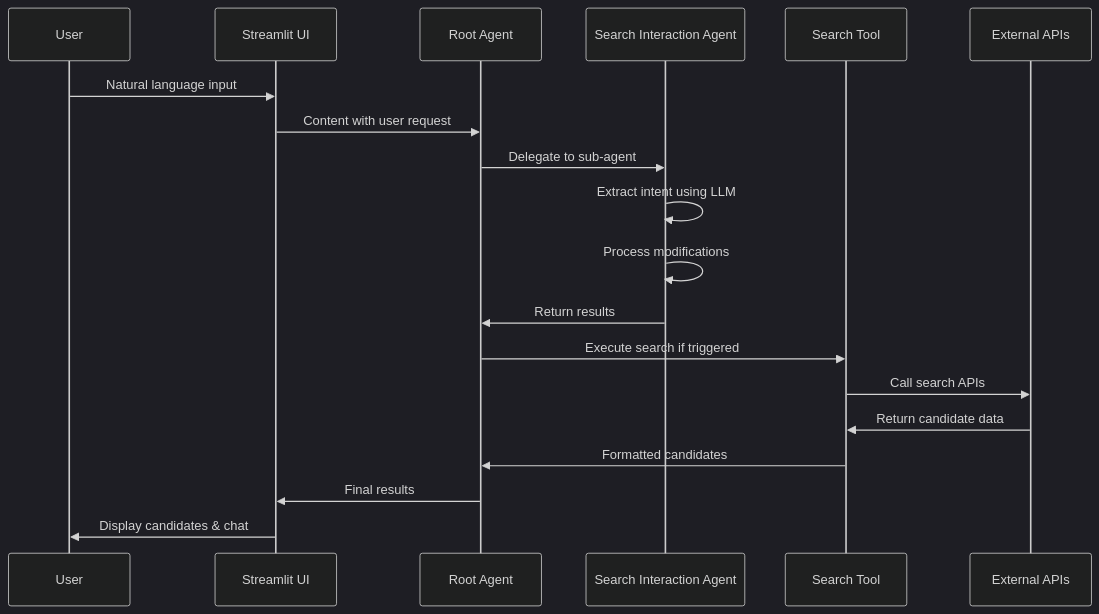
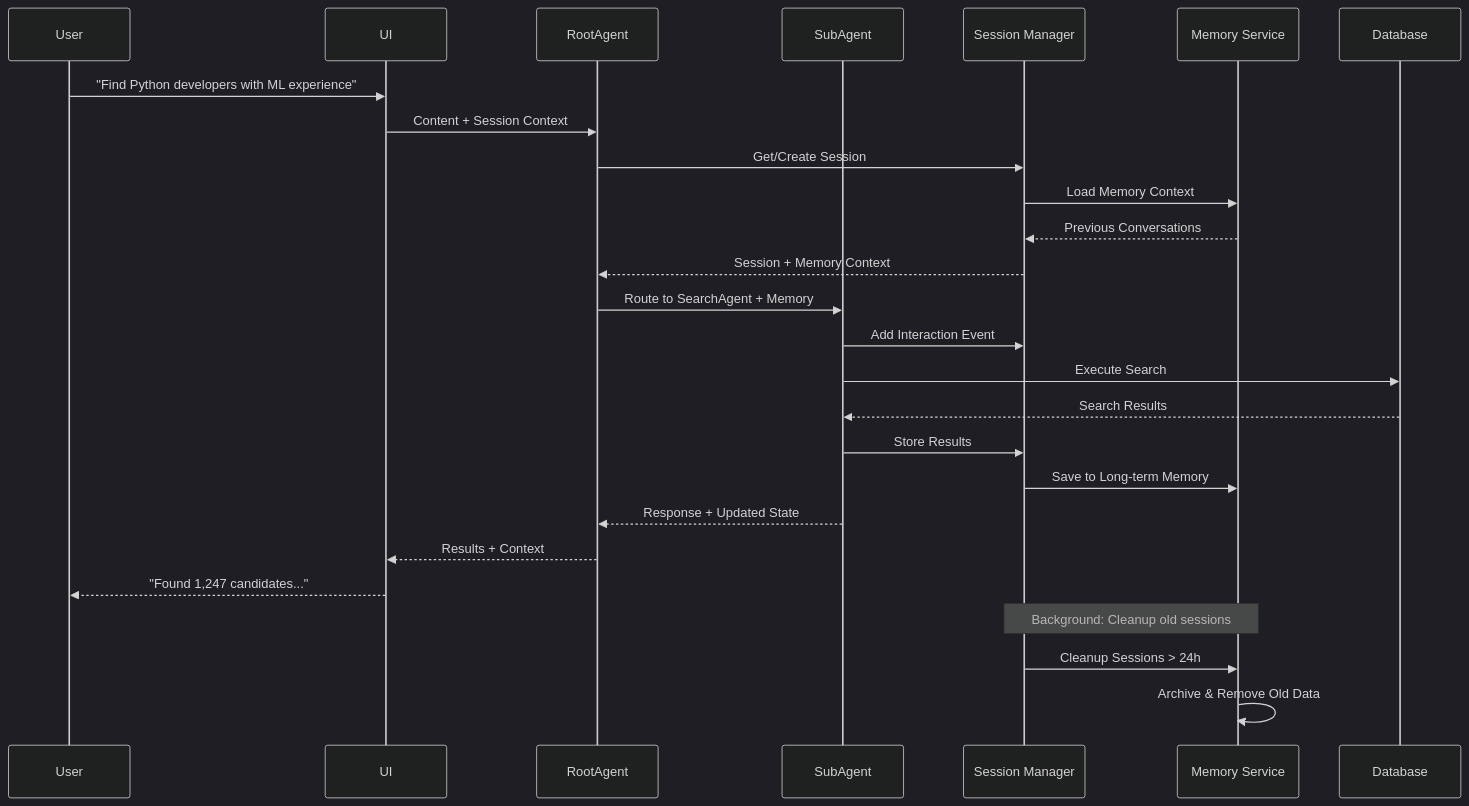
Before and after one commit to MinPika87/Resdex_NEW: the fourth of 14 diagrams in architecture_diagram.md, drawn with Mermaid (dark theme). The commit also changed other lines of this file and 5 other files, not shown here.

````diff
--- a/architecture_diagram.md
+++ b/architecture_diagram.md
@@ -40,22 +266,32 @@
 ```mermaid
 sequenceDiagram
-    participant U as User
-    participant UI as Streamlit UI
-    participant RA as Root Agent
-    participant SIA as Search Interaction Agent
-    participant ST as Search Tool
-    participant API as External APIs
+    participant User
+    participant UI
+    participant RootAgent
+    participant SubAgent
+    participant SessionMgr as Session Manager
+    participant MemSvc as Memory Service
+    participant Database
     
-    U->>UI: Natural language input
-    UI->>RA: Content with user request
-    RA->>SIA: Delegate to sub-agent
-    SIA->>SIA: Extract intent using LLM
-    SIA->>SIA: Process modifications
-    SIA->>RA: Return results
-    RA->>ST: Execute search if triggered
-    ST->>API: Call search APIs
-    API->>ST: Return candidate data
-    ST->>RA: Formatted candidates
-    RA->>UI: Final results
-    UI->>U: Display candidates & chat
+    User->>UI: "Find Python developers with ML experience"
+    UI->>RootAgent: Content + Session Context
+    RootAgent->>SessionMgr: Get/Create Session
+    SessionMgr->>MemSvc: Load Memory Context
+    MemSvc-->>SessionMgr: Previous Conversations
+    SessionMgr-->>RootAgent: Session + Memory Context
+    
+    RootAgent->>SubAgent: Route to SearchAgent + Memory
+    SubAgent->>SessionMgr: Add Interaction Event
+    SubAgent->>Database: Execute Search
+    Database-->>SubAgent: Search Results
+    SubAgent->>SessionMgr: Store Results
+    SessionMgr->>MemSvc: Save to Long-term Memory
+    
+    SubAgent-->>RootAgent: Response + Updated State
+    RootAgent-->>UI: Results + Context
+    UI-->>User: "Found 1,247 candidates..."
+    
+    Note over SessionMgr,MemSvc: Background: Cleanup old sessions
+    SessionMgr->>MemSvc: Cleanup Sessions > 24h
+    MemSvc->>MemSvc: Archive & Remove Old Data
 ```
````
